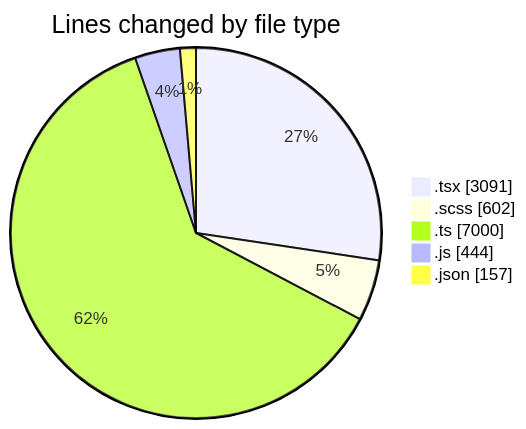
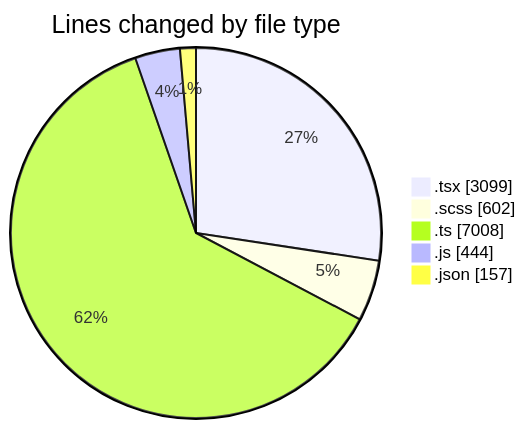
One commit to momahboobian/code-tracking changed the first of 2 diagrams in 2026-04-23/cda/README.md. Above: the diagram before and after it, drawn with Mermaid. The commit also changed other lines of this file and 1 other file, not shown here.

````diff
--- a/2026-04-23/cda/README.md
+++ b/2026-04-23/cda/README.md
@@ -41,9 +41,9 @@
 ```mermaid
 pie showData
 title Lines changed by file type
-".tsx" : 3091
+".tsx" : 3099
 ".scss" : 602
-".ts" : 7000
+".ts" : 7008
 ".js" : 444
 ".json" : 157
 ```
````
